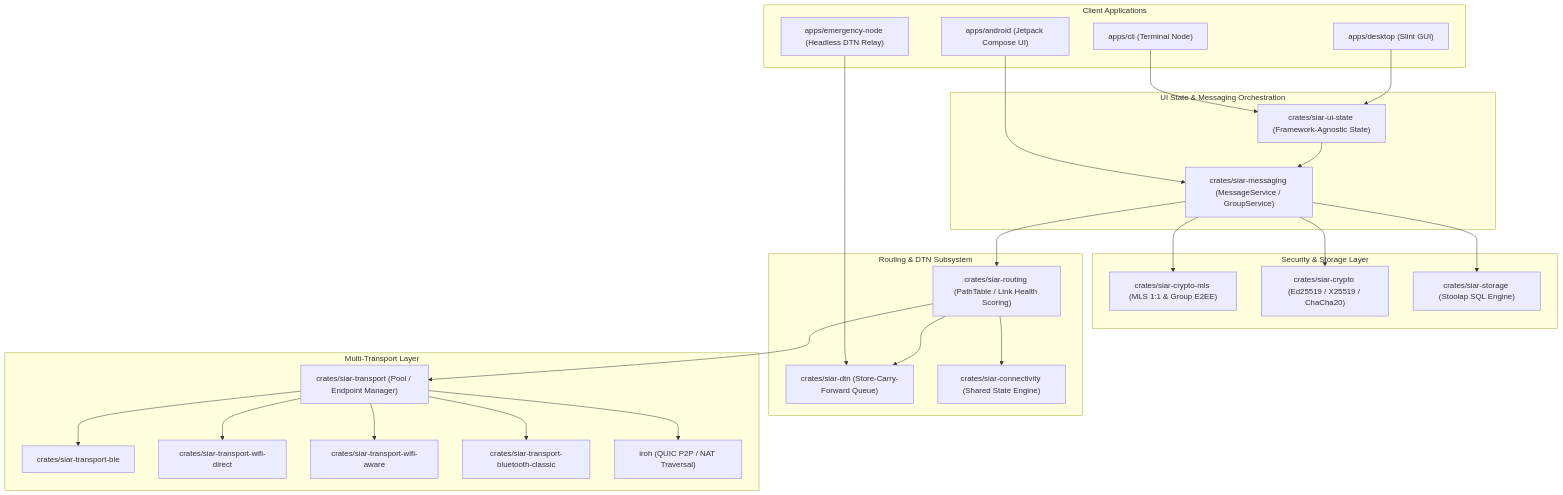
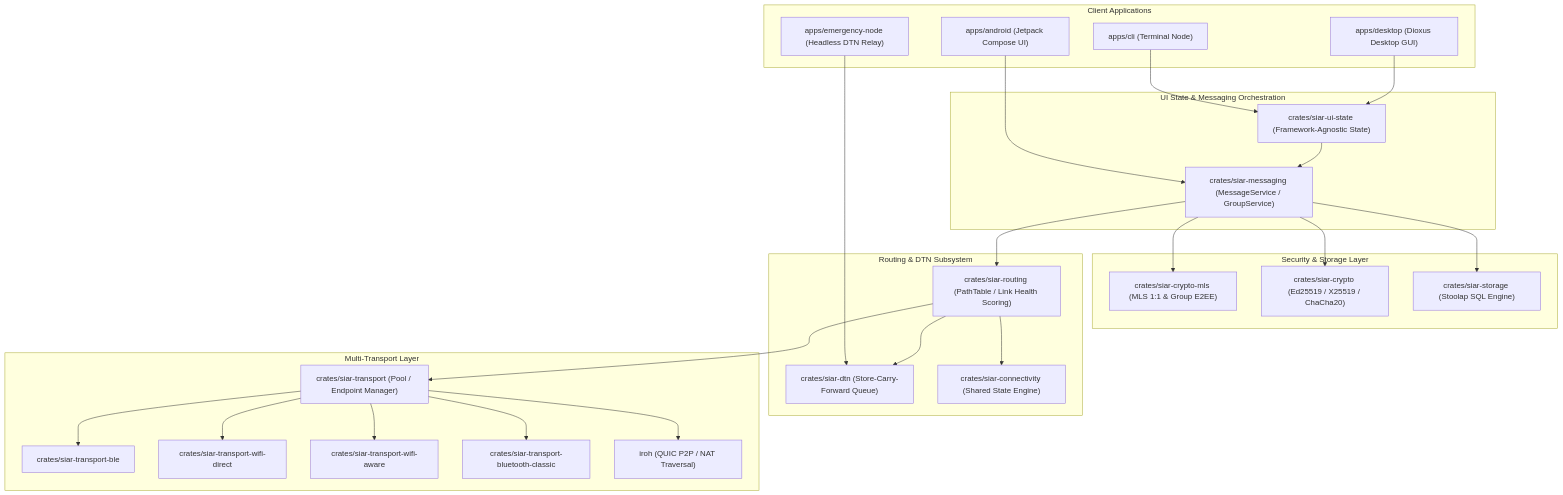
One commit to irshadali5/siar changed the diagram in README.md. Above: the diagram before and after it, drawn with Mermaid. The commit also changed other lines of this file, not shown here.

Commit message:
docs: correct desktop UI framework reference to Dioxus (v0.7)

````diff
--- a/README.md
+++ b/README.md
@@ -77,56 +77,56 @@
 ```mermaid
 graph TD
     subgraph Client Applications
         CLI["apps/cli (Terminal Node)"]
-        Desktop["apps/desktop (Slint GUI)"]
+        Desktop["apps/desktop (Dioxus Desktop GUI)"]
         Android["apps/android (Jetpack Compose UI)"]
         Emergency["apps/emergency-node (Headless DTN Relay)"]
     end
 
     subgraph UI State & Messaging Orchestration
         UIState["crates/siar-ui-state (Framework-Agnostic State)"]
         MessagingService["crates/siar-messaging (MessageService / GroupService)"]
     end
 
     subgraph Security & Storage Layer
         CryptoMLS["crates/siar-crypto-mls (MLS 1:1 & Group E2EE)"]
         Crypto["crates/siar-crypto (Ed25519 / X25519 / ChaCha20)"]
         Storage["crates/siar-storage (Stoolap SQL Engine)"]
     end
 
     subgraph Routing & DTN Subsystem
         Routing["crates/siar-routing (PathTable / Link Health Scoring)"]
         DTN["crates/siar-dtn (Store-Carry-Forward Queue)"]
         Connectivity["crates/siar-connectivity (Shared State Engine)"]
     end
 
     subgraph Multi-Transport Layer
         Transport["crates/siar-transport (Pool / Endpoint Manager)"]
         BLE["crates/siar-transport-ble"]
         WifiDirect["crates/siar-transport-wifi-direct"]
         WifiAware["crates/siar-transport-wifi-aware"]
         BTClassic["crates/siar-transport-bluetooth-classic"]
         IrohP2P["iroh (QUIC P2P / NAT Traversal)"]
     end
 
     CLI --> UIState
     Desktop --> UIState
     Android --> MessagingService
     Emergency --> DTN
 
     UIState --> MessagingService
     MessagingService --> CryptoMLS
     MessagingService --> Crypto
     MessagingService --> Storage
 
     MessagingService --> Routing
     Routing --> DTN
     Routing --> Connectivity
     Routing --> Transport
 
     Transport --> BLE
     Transport --> WifiDirect
     Transport --> WifiAware
     Transport --> BTClassic
     Transport --> IrohP2P
 ```
````
